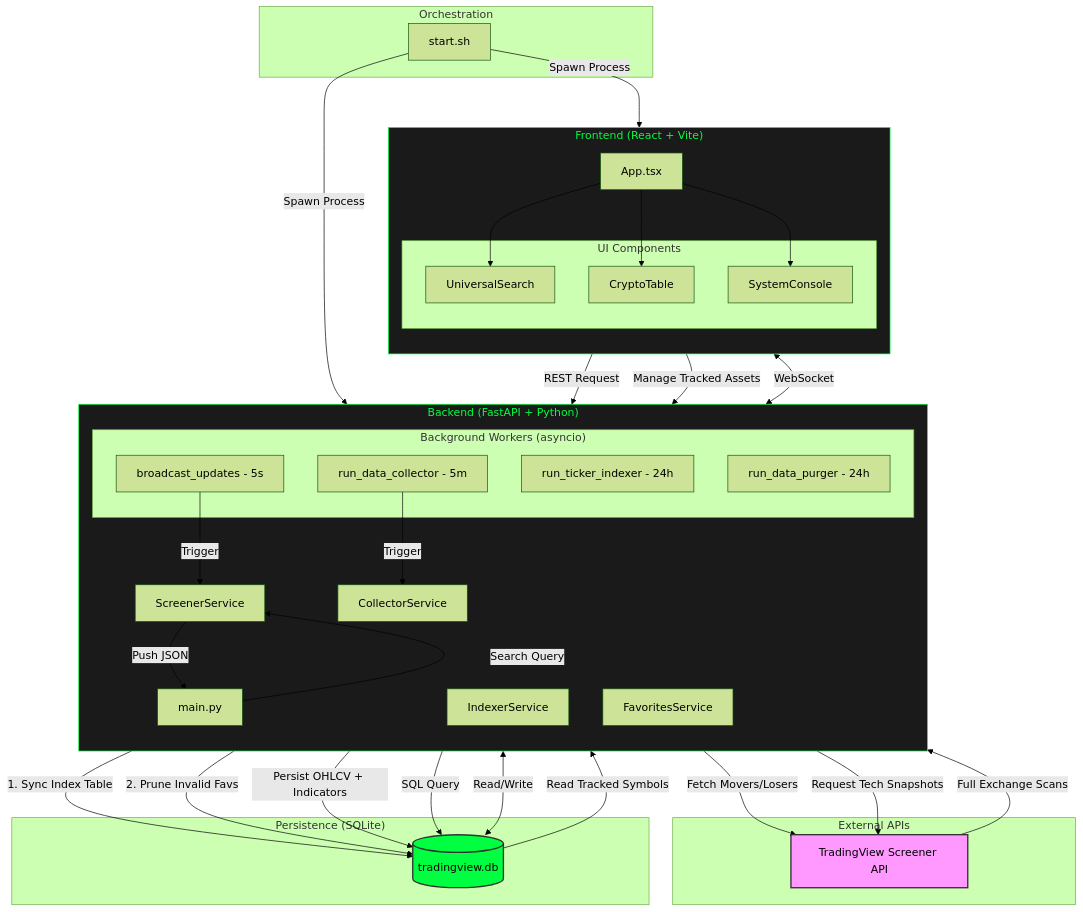
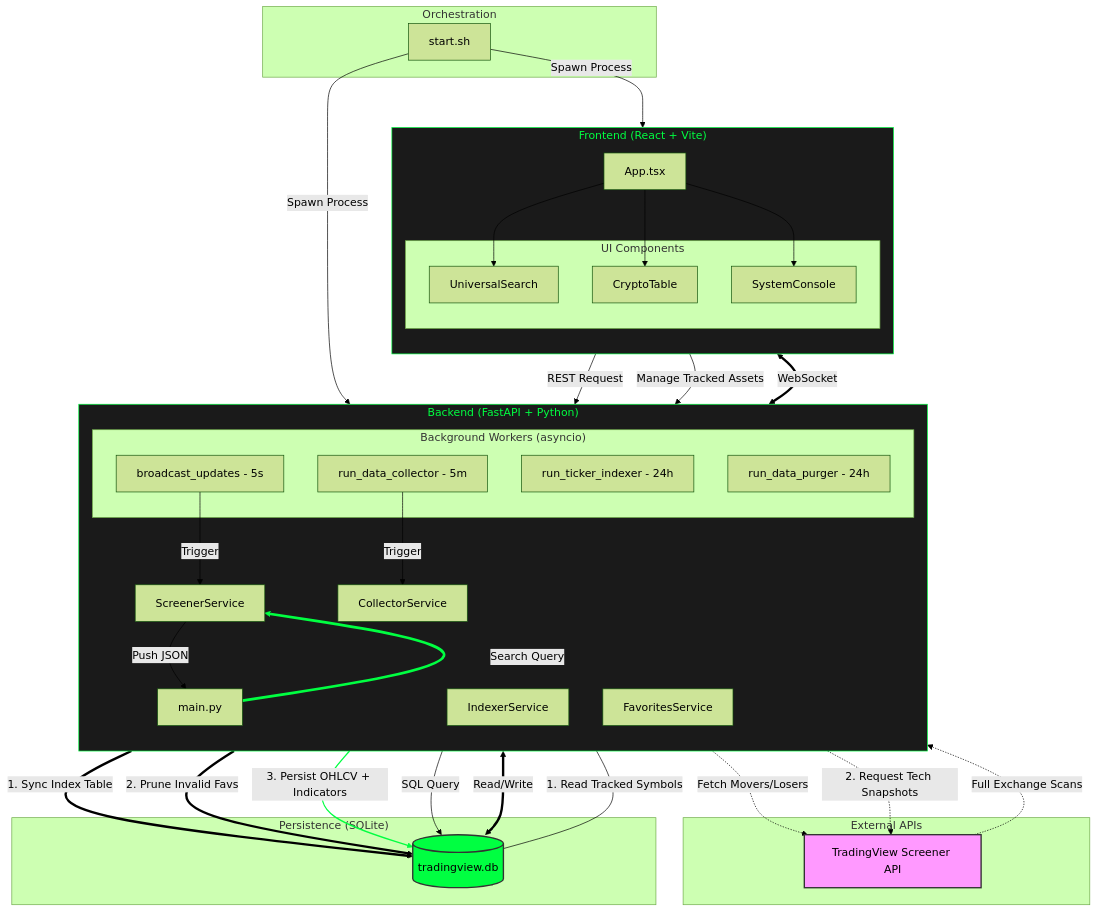
The diagram in README.md (doralich/maket_trading_screener), drawn with Mermaid (forest theme) before and after one commit. The commit also changed 1 other file, not shown here.

Commit message:
docs: Refine architecture diagram layout and labels to prevent overlap

````diff
--- a/README.md
+++ b/README.md
@@ -46,21 +46,21 @@
     end
 
     %% --- Logic Flow 1: Ticker Indexing ---
-    TV -->|Full Exchange Scans| IndexerSvc
-    IndexerSvc -->|1. Sync Index Table| DB
-    IndexerSvc -->|2. Prune Invalid Favs| DB
+    TV -.->|Full Exchange Scans| IndexerSvc
+    IndexerSvc ==>|1. Sync Index Table| DB
+    IndexerSvc ==>|2. Prune Invalid Favs| DB
 
     %% --- Logic Flow 2: Live Market Data ---
     W1 -->|Trigger| ScreenerSvc
-    ScreenerSvc -->|Fetch Movers/Losers| TV
+    ScreenerSvc -.->|Fetch Movers/Losers| TV
     ScreenerSvc -->|Push JSON| App
-    App <-->|WebSocket| MainApp
+    App <==>|WebSocket| MainApp
 
     %% --- Logic Flow 3: History Collection ---
     W2 -->|Trigger| CollectorSvc
-    DB -->|Read Tracked Symbols| CollectorSvc
-    CollectorSvc -->|Request Tech Snapshots| TV
-    CollectorSvc -->|Persist OHLCV + Indicators| DB
+    DB ---|1. Read Tracked Symbols| CollectorSvc
+    CollectorSvc -.->|2. Request Tech Snapshots| TV
+    CollectorSvc ==>|3. Persist OHLCV + Indicators| DB
 
     %% --- Logic Flow 4: User Interaction ---
     Search -->|REST Request| App
@@ -68,7 +68,7 @@
     ScreenerSvc -->|SQL Query| DB
     
     MainApp -->|Manage Tracked Assets| FavSvc
-    FavSvc <-->|Read/Write| DB
+    FavSvc <==>|Read/Write| DB
 
     %% --- Component Relationships ---
     SSH -->|Spawn Process| Backend
@@ -83,4 +83,8 @@
     style DB fill:#00ff41,stroke:#333,stroke-width:2px,color:#000
     style Backend fill:#1a1a1a,stroke:#00ff41,stroke-width:1px,color:#00ff41
     style Frontend fill:#1a1a1a,stroke:#00ff41,stroke-width:1px,color:#00ff41
+    
+    %% Explicitly separating lines
+    linkStyle 10 stroke:#00ff41,stroke-width:2px;
+    linkStyle 12 stroke:#00ff41,stroke-width:4px;
 ```
````
